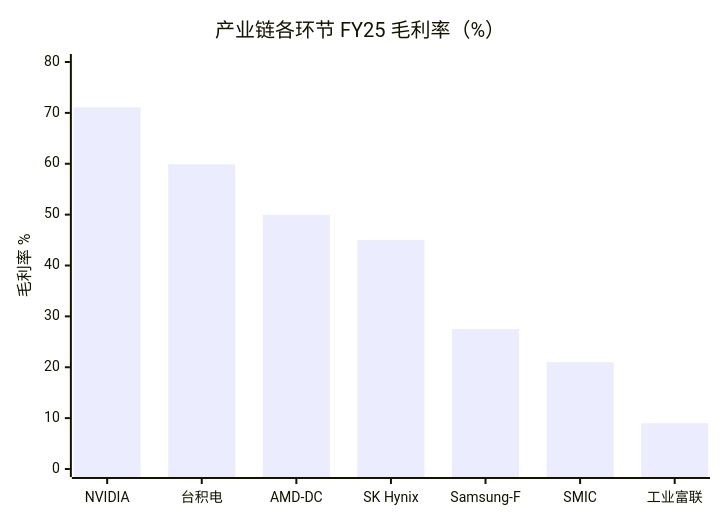
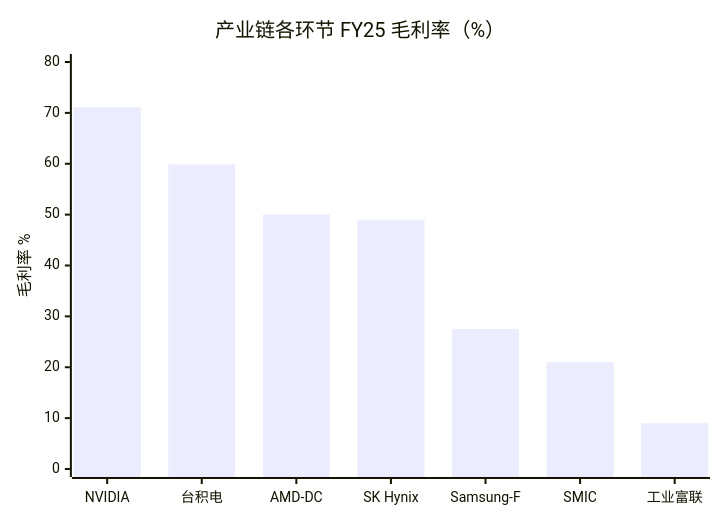
One commit to diguike/book-compute-economics changed the sixth of 7 diagrams in book/04-wafer-foundry/README.md. Above: the diagram before and after it, drawn with Mermaid. The commit also changed other lines of this file and 27 other files, not shown here.

````diff
--- a/book/04-wafer-foundry/README.md
+++ b/book/04-wafer-foundry/README.md
@@ -528,7 +530,7 @@
 ```mermaid
 xychart-beta
     title "产业链各环节 FY25 毛利率（%）"
     x-axis ["NVIDIA", "台积电", "AMD-DC", "SK Hynix", "Samsung-F", "SMIC", "工业富联"]
     y-axis "毛利率 %" 0 --> 80
-    bar [71.1, 59.9, 50, 45, 27.5, 21, 9]
+    bar [71.1, 59.9, 50, 49, 27.5, 21, 9]
 ```
````
